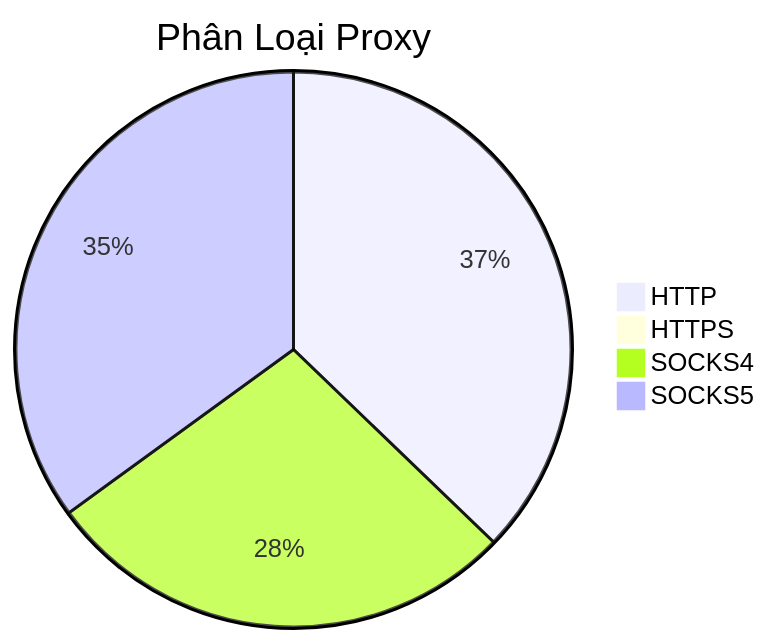
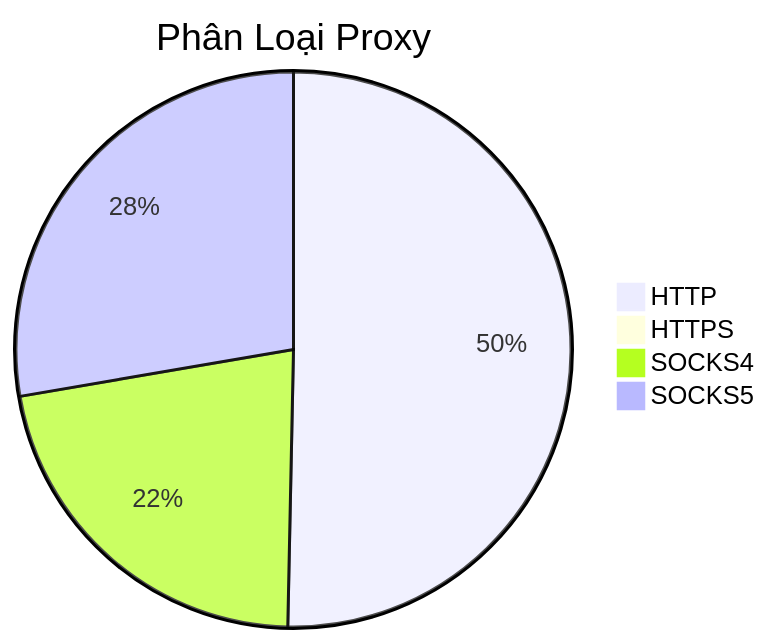
One commit to Ciara-12/PROXY-free changed the diagram in README.md. Above: the diagram before and after it, drawn with Mermaid. The commit also changed other lines of this file and 4 other files, not shown here.

````diff
--- a/README.md
+++ b/README.md
@@ -26,7 +26,7 @@
 ```mermaid
 pie title Phân Loại Proxy
-    "HTTP" : 459
-    "HTTPS" : 0
-    "SOCKS4" : 343
-    "SOCKS5" : 432
+    "HTTP" : 843
+    "HTTPS" : 1
+    "SOCKS4" : 368
+    "SOCKS5" : 464
 ```
````
